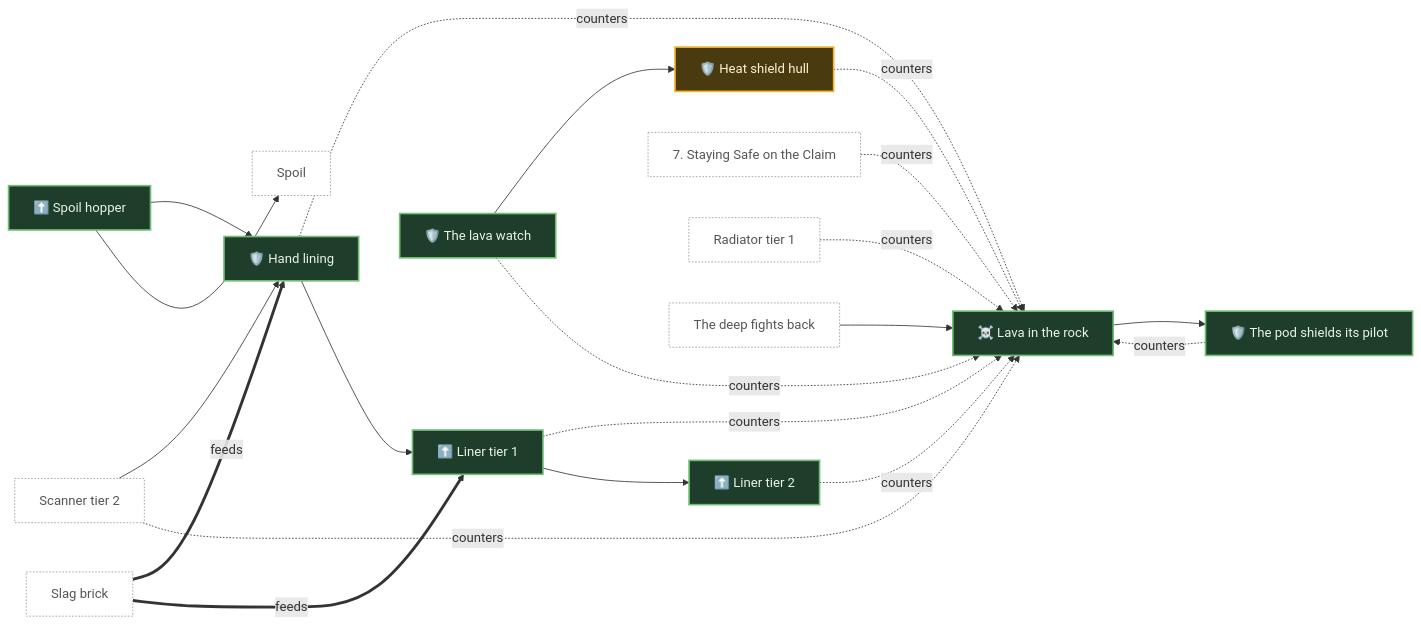
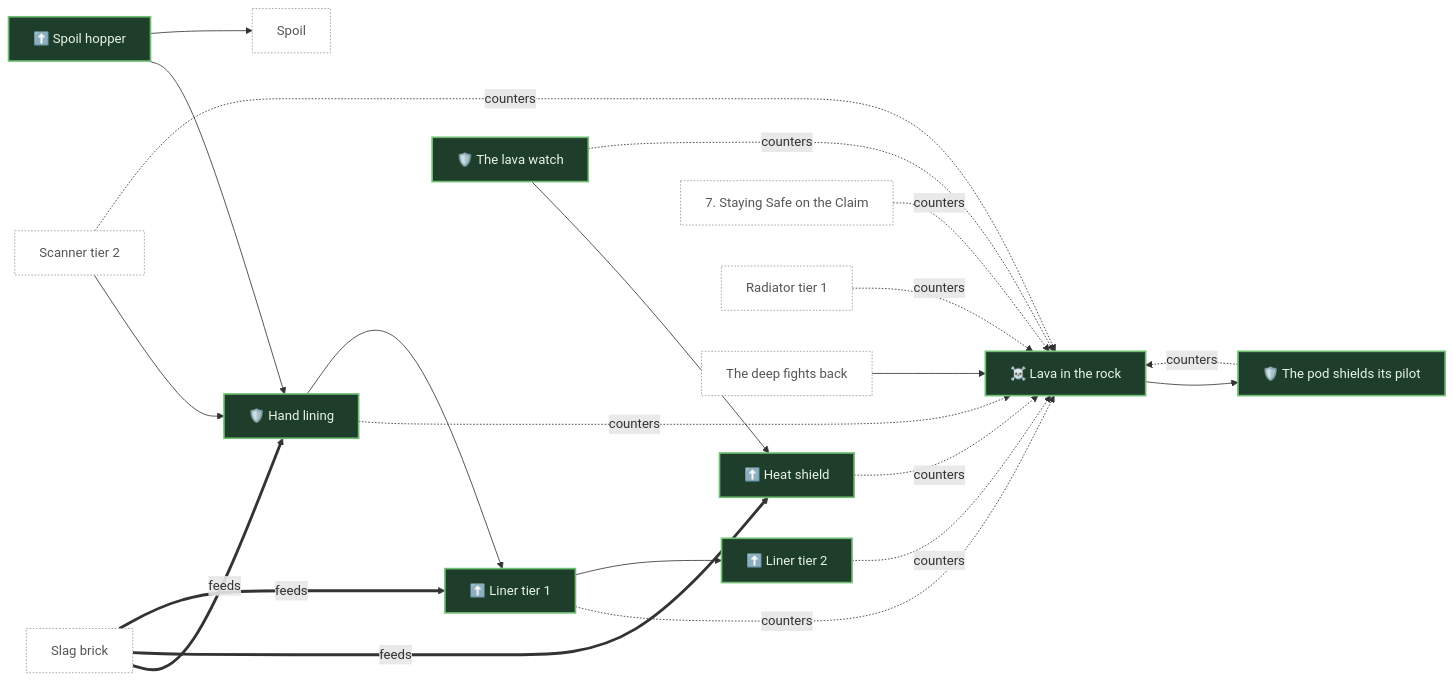
Before and after one commit to pkeppeler/deepcharter: diagram 15 of 30 in docs/FEATURE-MAP.md, drawn with Mermaid. The commit also changed other lines of this file and 4 other files, not shown here.

First line of the commit message:
Feature map: merge main (#501); the heat shield is built

````diff
--- a/docs/FEATURE-MAP.md
+++ b/docs/FEATURE-MAP.md
@@ -777,44 +778,44 @@
 ```mermaid
 flowchart LR
   n_lava["☠️ Lava in the rock"]
   n_pilot_shield["🛡️ The pod shields its pilot"]
   n_spoil_hopper["⬆️ Spoil hopper"]
   n_hand_lining["🛡️ Hand lining"]
   n_liner_t1["⬆️ Liner tier 1"]
   n_liner_t2["⬆️ Liner tier 2"]
   n_lava_watch["🛡️ The lava watch"]
-  n_heat_shield["🛡️ Heat shield hull"]
+  n_heat_shield["⬆️ Heat shield"]
   n_hb_staying_safe["7. Staying Safe on the Claim"]
   n_radiator_t1["Radiator tier 1"]
   n_scanner_t2["Scanner tier 2"]
   n_slag_brick["Slag brick"]
   n_spoil["Spoil"]
   n_the_deep_bites["The deep fights back"]
   n_hand_lining -. counters .-> n_lava
   n_hand_lining --> n_liner_t1
   n_hb_staying_safe -. counters .-> n_lava
   n_heat_shield -. counters .-> n_lava
   n_lava --> n_pilot_shield
   n_lava_watch --> n_heat_shield
   n_lava_watch -. counters .-> n_lava
   n_liner_t1 -. counters .-> n_lava
   n_liner_t1 --> n_liner_t2
   n_liner_t2 -. counters .-> n_lava
   n_pilot_shield -. counters .-> n_lava
   n_radiator_t1 -. counters .-> n_lava
   n_scanner_t2 --> n_hand_lining
   n_scanner_t2 -. counters .-> n_lava
   n_slag_brick == feeds ==> n_hand_lining
+  n_slag_brick == feeds ==> n_heat_shield
   n_slag_brick == feeds ==> n_liner_t1
   n_spoil_hopper --> n_hand_lining
   n_spoil_hopper --> n_spoil
   n_the_deep_bites --> n_lava
   classDef built fill:#1f3d2b,stroke:#6fbf73,stroke-width:2px,color:#e8f5e9
   classDef progress fill:#4a3a10,stroke:#f0b429,stroke-width:2px,color:#fff3d6
   classDef planned fill:#2e2e2e,stroke:#9e9e9e,stroke-width:1px,color:#d6d6d6
   classDef idea fill:#1a1a1a,stroke:#757575,stroke-width:1px,stroke-dasharray:4 3,color:#a0a0a0
   classDef ext fill:#ffffff,stroke:#999999,stroke-width:1px,stroke-dasharray:2 2,color:#555555
-  class n_lava,n_pilot_shield,n_spoil_hopper,n_hand_lining,n_liner_t1,n_liner_t2,n_lava_watch built
-  class n_heat_shield progress
+  class n_lava,n_pilot_shield,n_spoil_hopper,n_hand_lining,n_liner_t1,n_liner_t2,n_lava_watch,n_heat_shield built
   class n_hb_staying_safe,n_radiator_t1,n_scanner_t2,n_slag_brick,n_spoil,n_the_deep_bites ext
 ```
````
